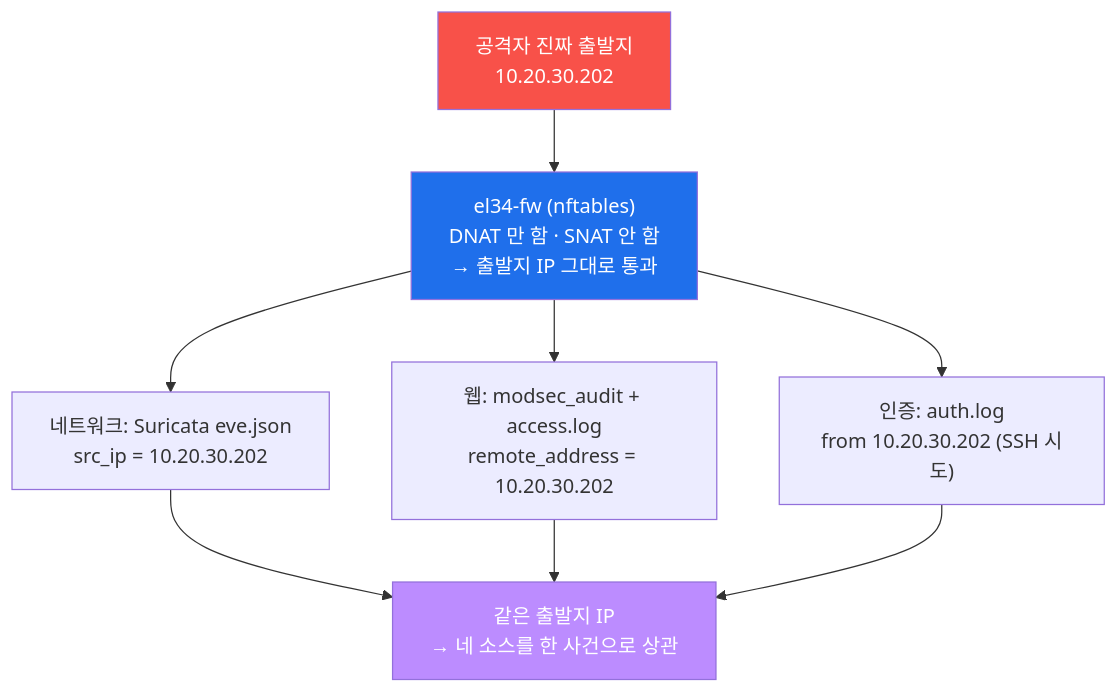
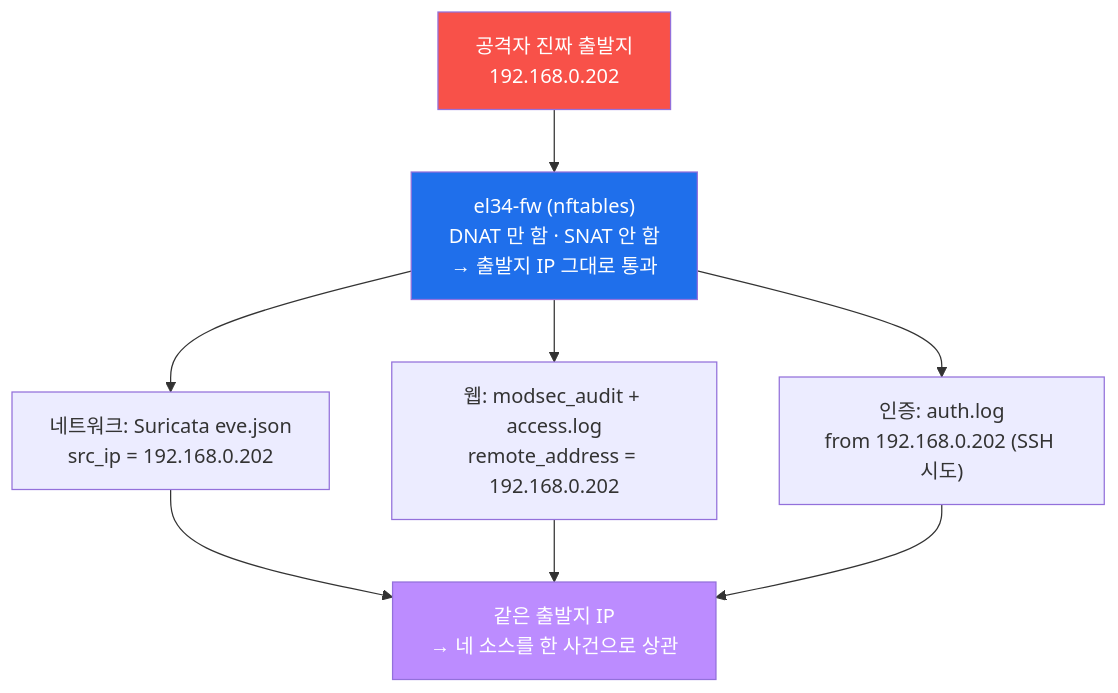
One commit to mrgrit/tw2 changed the fourth of 8 diagrams in contents/training/soc/lecture_week08.md. Above: the diagram before and after it, drawn with Mermaid. The commit also changed other lines of this file and 304 other files, not shown here.

````diff
--- a/contents/training/soc/lecture_week08.md
+++ b/contents/training/soc/lecture_week08.md
@@ -262,19 +262,19 @@
 ```mermaid
 graph TD
-    ATK["공격자 진짜 출발지<br/>10.20.30.202"]
+    ATK["공격자 진짜 출발지<br/>192.168.0.202"]
     FW["el34-fw (nftables)<br/>DNAT 만 함 · SNAT 안 함<br/>→ 출발지 IP 그대로 통과"]
-    NET["네트워크: Suricata eve.json<br/>src_ip = 10.20.30.202"]
-    WEB["웹: modsec_audit + access.log<br/>remote_address = 10.20.30.202"]
-    AUTH["인증: auth.log<br/>from 10.20.30.202 (SSH 시도)"]
+    NET["네트워크: Suricata eve.json<br/>src_ip = 192.168.0.202"]
+    WEB["웹: modsec_audit + access.log<br/>remote_address = 192.168.0.202"]
+    AUTH["인증: auth.log<br/>from 192.168.0.202 (SSH 시도)"]
     KEY["같은 출발지 IP<br/>→ 네 소스를 한 사건으로 상관"]
     ATK --> FW
     FW --> NET
     FW --> WEB
     FW --> AUTH
     NET --> KEY
     WEB --> KEY
     AUTH --> KEY
     style ATK fill:#f85149,color:#fff
     style FW fill:#1f6feb,color:#fff
     style KEY fill:#bc8cff,color:#fff
 ```
````
